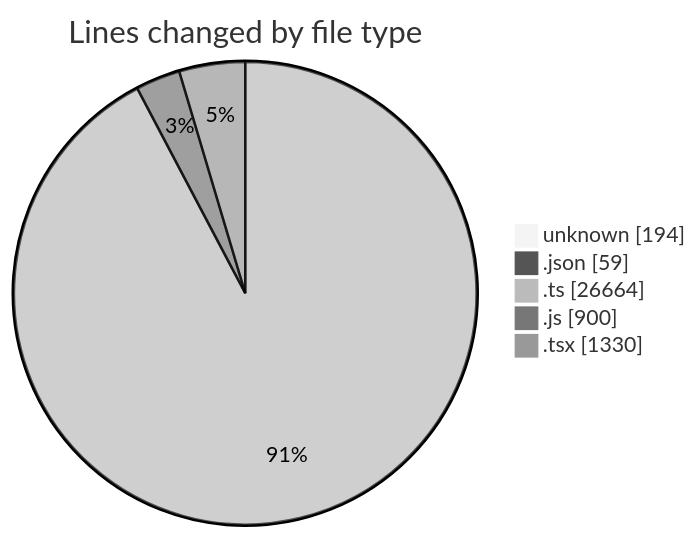
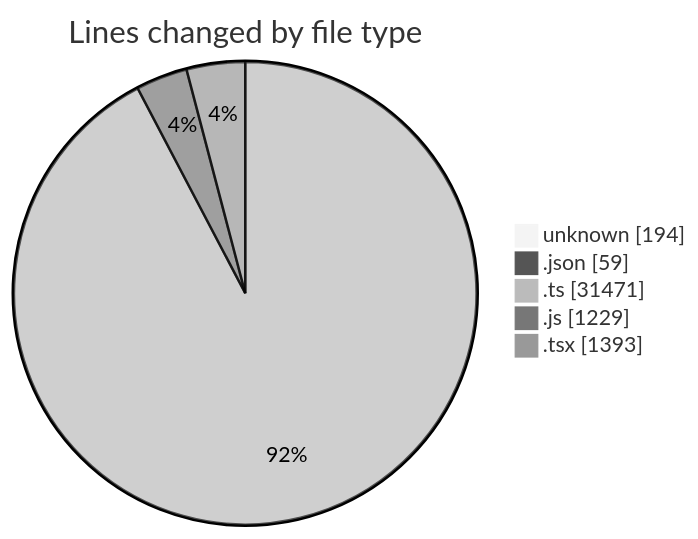
One commit to momahboobian/code-tracking changed the first of 2 diagrams in 2025-11-13/cda/README.md. Above: the diagram before and after it, drawn with Mermaid (neutral theme). The commit also changed other lines of this file and 1 other file, not shown here.

````diff
--- a/2025-11-13/cda/README.md
+++ b/2025-11-13/cda/README.md
@@ -35,9 +37,9 @@
 ```mermaid
 pie showData
 title Lines changed by file type
 "unknown" : 194
 ".json" : 59
-".ts" : 26664
-".js" : 900
-".tsx" : 1330
+".ts" : 31471
+".js" : 1229
+".tsx" : 1393
 ```
````
